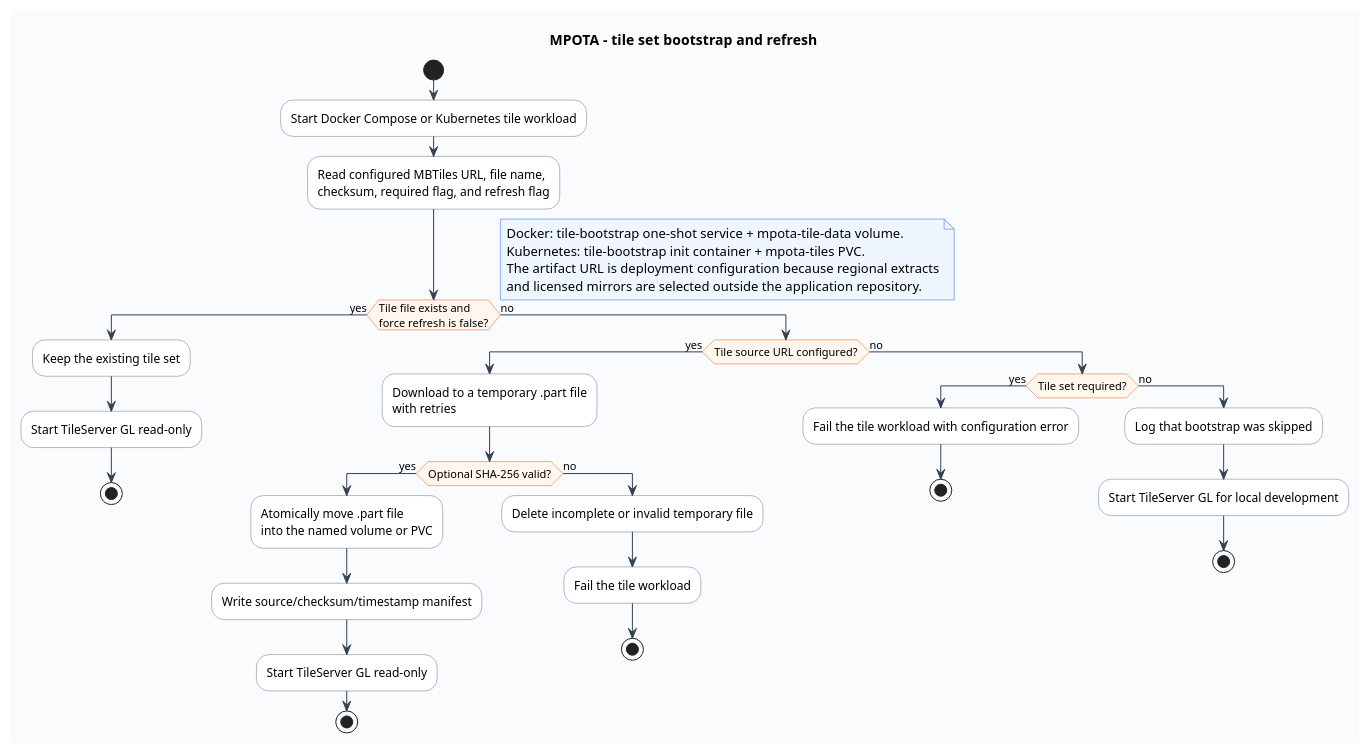
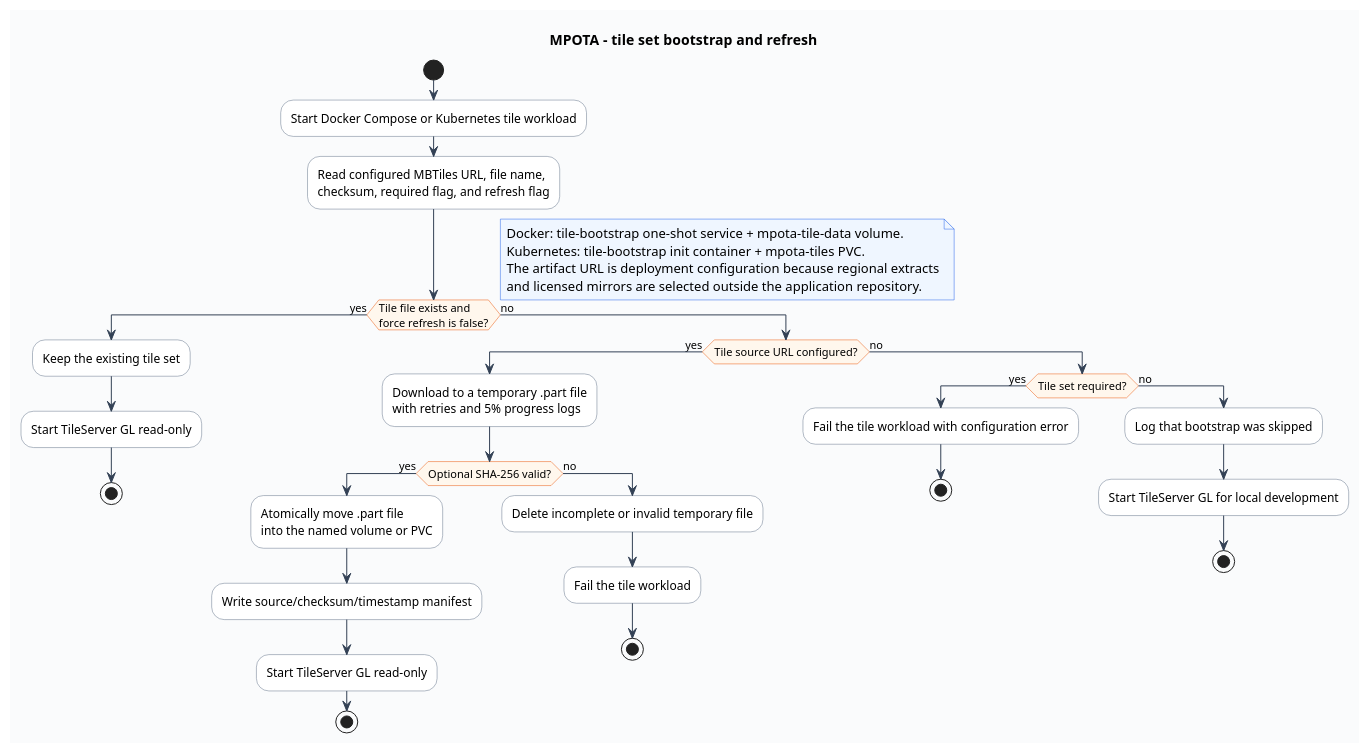
One commit to ea7klk/mpota changed the diagram in docs/architecture/mpota-tile-update.puml. Above: the diagram before and after it, drawn with PlantUML. The commit also changed 4 other files, not shown here.

```diff
--- a/docs/architecture/mpota-tile-update.puml
+++ b/docs/architecture/mpota-tile-update.puml
@@ -1,61 +1,61 @@
 @startuml MPOTA_Tile_Update
 title MPOTA - tile set bootstrap and refresh
 
 skinparam shadowing false
 skinparam backgroundColor #FAFBFC
 skinparam activity {
   BackgroundColor #FFFFFF
   BorderColor #64748B
   DiamondBackgroundColor #FFF7ED
   DiamondBorderColor #EA580C
   ArrowColor #334155
 }
 skinparam note {
   BackgroundColor #EFF6FF
   BorderColor #2563EB
 }
 
 start
 :Start Docker Compose or Kubernetes tile workload;
 :Read configured MBTiles URL, file name,
 checksum, required flag, and refresh flag;
 
 if (Tile file exists and
 force refresh is false?) then (yes)
   :Keep the existing tile set;
   :Start TileServer GL read-only;
   stop
 else (no)
   if (Tile source URL configured?) then (yes)
     :Download to a temporary .part file
-with retries;
+with retries and 5% progress logs;
     if (Optional SHA-256 valid?) then (yes)
       :Atomically move .part file
 into the named volume or PVC;
       :Write source/checksum/timestamp manifest;
       :Start TileServer GL read-only;
       stop
     else (no)
       :Delete incomplete or invalid temporary file;
       :Fail the tile workload;
       stop
     endif
   else (no)
     if (Tile set required?) then (yes)
       :Fail the tile workload with configuration error;
       stop
     else (no)
       :Log that bootstrap was skipped;
       :Start TileServer GL for local development;
       stop
     endif
   endif
 endif
 
 note right
 Docker: tile-bootstrap one-shot service + mpota-tile-data volume.
 Kubernetes: tile-bootstrap init container + mpota-tiles PVC.
 The artifact URL is deployment configuration because regional extracts
 and licensed mirrors are selected outside the application repository.
 end note
 @enduml
```
